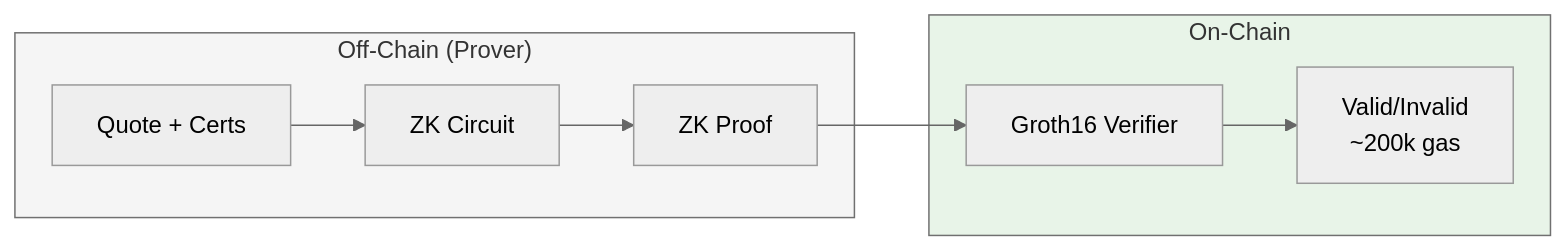
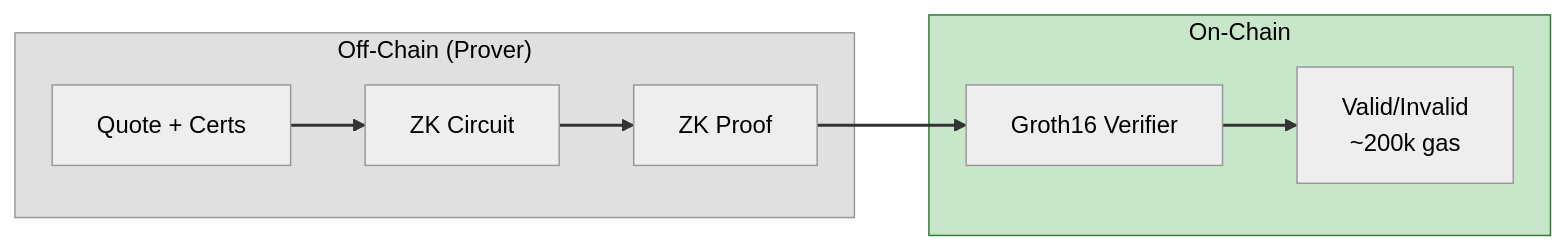
The fifth of 6 diagrams in posts/01-x509-verification-on-chain.md (V-k-h/roots-of-trust), drawn with Mermaid (neutral theme) before and after one commit. The commit also changed other lines of this file, not shown here.

First line of the commit message:
Refine X.509 verification on-chain documentation

````diff
--- a/posts/01-x509-verification-on-chain.md
+++ b/posts/01-x509-verification-on-chain.md
@@ -252,15 +255,22 @@
 ```mermaid
 flowchart LR
+
+    classDef offchain fill:#e0e0e0,color:#000,stroke:#999
+    classDef onchain fill:#c8e6c9,color:#000,stroke:#2e7d32
+
     subgraph OffChain["Off-Chain (Prover)"]
         Quote[Quote + Certs] --> Circuit[ZK Circuit]
         Circuit --> Proof[ZK Proof]
     end
-    
+
     subgraph OnChain["On-Chain"]
         Proof --> Verifier[Groth16 Verifier]
         Verifier --> Result["Valid/Invalid<br>~200k gas"]
     end
-    
-    style OffChain fill:#f5f5f5
-    style OnChain fill:#e8f4e8
+
+    class OffChain offchain
+    class OnChain onchain
+
+    linkStyle default stroke:#333,stroke-width:2px
+
 ```
````
